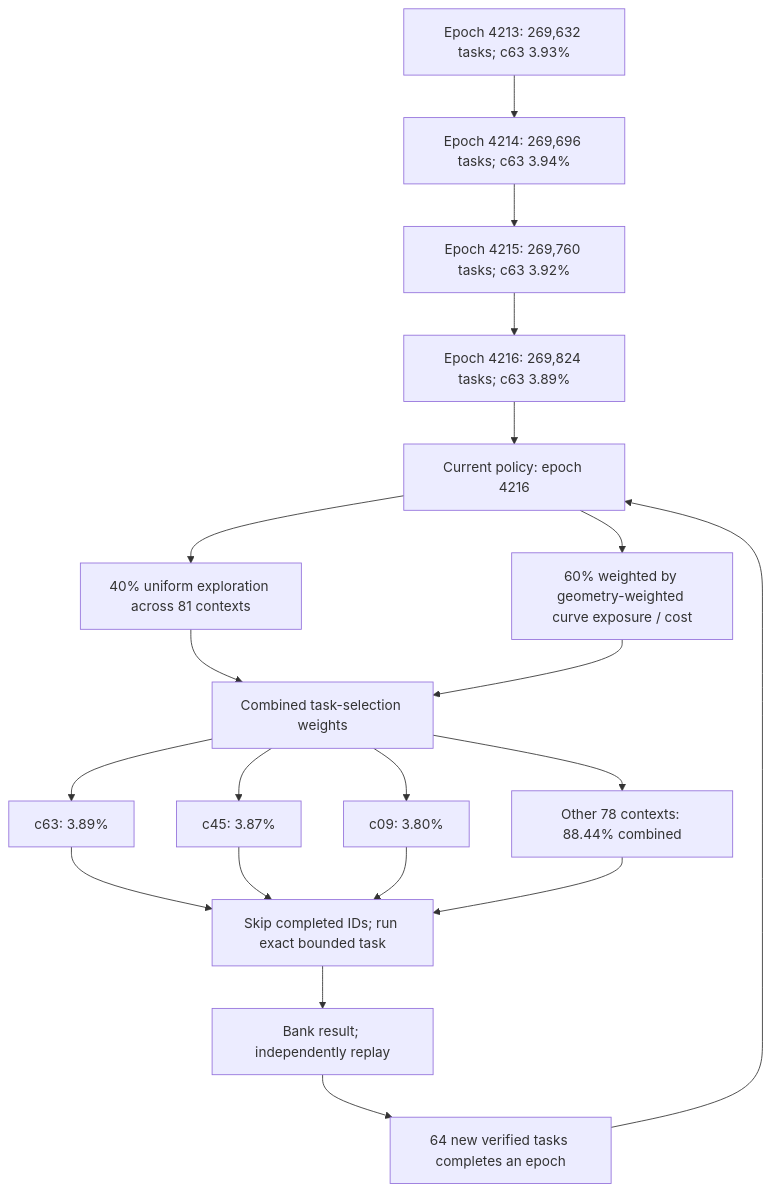
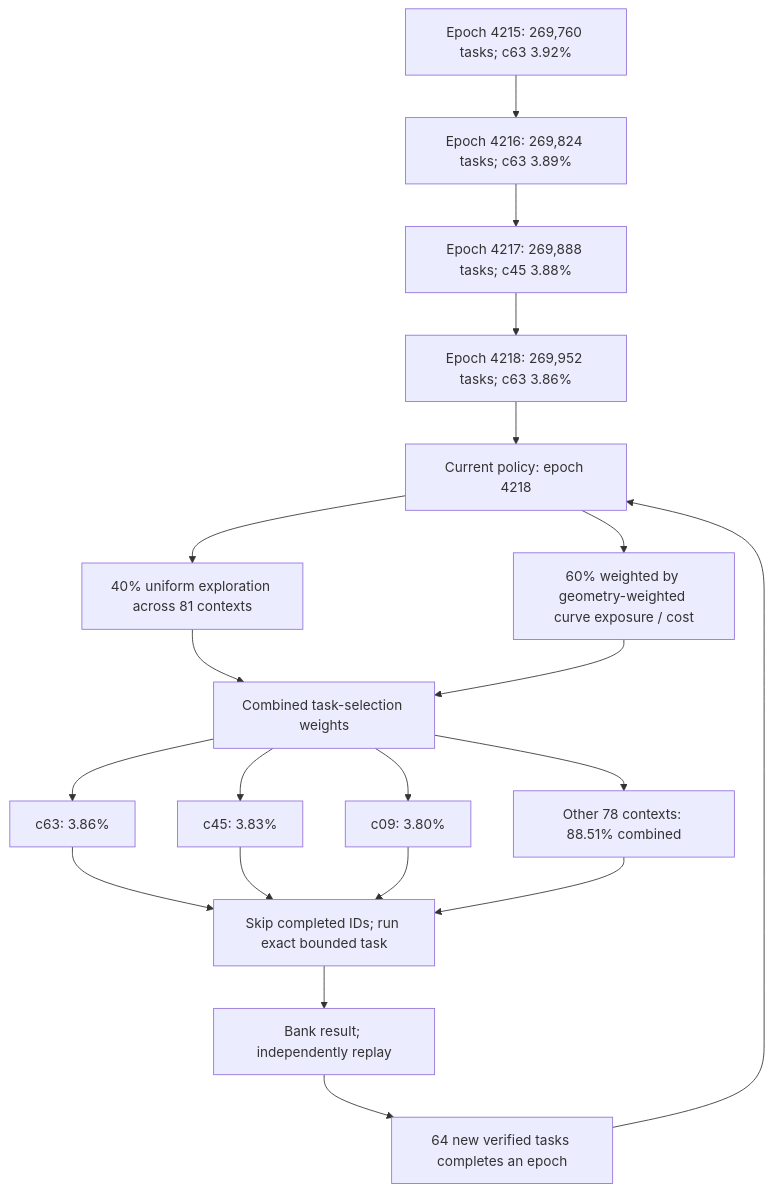
One commit to Kuberwastaken/math-gambling changed the first of 3 diagrams in README.md. Above: the diagram before and after it, drawn with Mermaid. The commit also changed other lines of this file and 418 other files, not shown here.

````diff
--- a/README.md
+++ b/README.md
@@ -60,27 +60,27 @@
 ```mermaid
 flowchart TD
-    H0["Epoch 4213: 269,632 tasks; c63 3.93%"]
-    H1["Epoch 4214: 269,696 tasks; c63 3.94%"]
+    H0["Epoch 4215: 269,760 tasks; c63 3.92%"]
+    H1["Epoch 4216: 269,824 tasks; c63 3.89%"]
     H0 --> H1
-    H2["Epoch 4215: 269,760 tasks; c63 3.92%"]
+    H2["Epoch 4217: 269,888 tasks; c45 3.88%"]
     H1 --> H2
-    H3["Epoch 4216: 269,824 tasks; c63 3.89%"]
+    H3["Epoch 4218: 269,952 tasks; c63 3.86%"]
     H2 --> H3
-    Policy["Current policy: epoch 4216"]
+    Policy["Current policy: epoch 4218"]
     H3 --> Policy
     Policy --> Explore["40% uniform exploration across 81 contexts"]
     Policy --> Cost["60% weighted by geometry-weighted curve exposure / cost"]
     Explore --> Mix["Combined task-selection weights"]
     Cost --> Mix
-    Mix --> C0["c63: 3.89%"]
-    Mix --> C1["c45: 3.87%"]
+    Mix --> C0["c63: 3.86%"]
+    Mix --> C1["c45: 3.83%"]
     Mix --> C2["c09: 3.80%"]
-    Mix --> Rest["Other 78 contexts: 88.44% combined"]
+    Mix --> Rest["Other 78 contexts: 88.51% combined"]
     C0 --> Check["Skip completed IDs; run exact bounded task"]
     C1 --> Check
     C2 --> Check
     Rest --> Check
     Check --> Replay["Bank result; independently replay"]
     Replay --> Gate["64 new verified tasks completes an epoch"]
     Gate --> Policy
 ```
````
